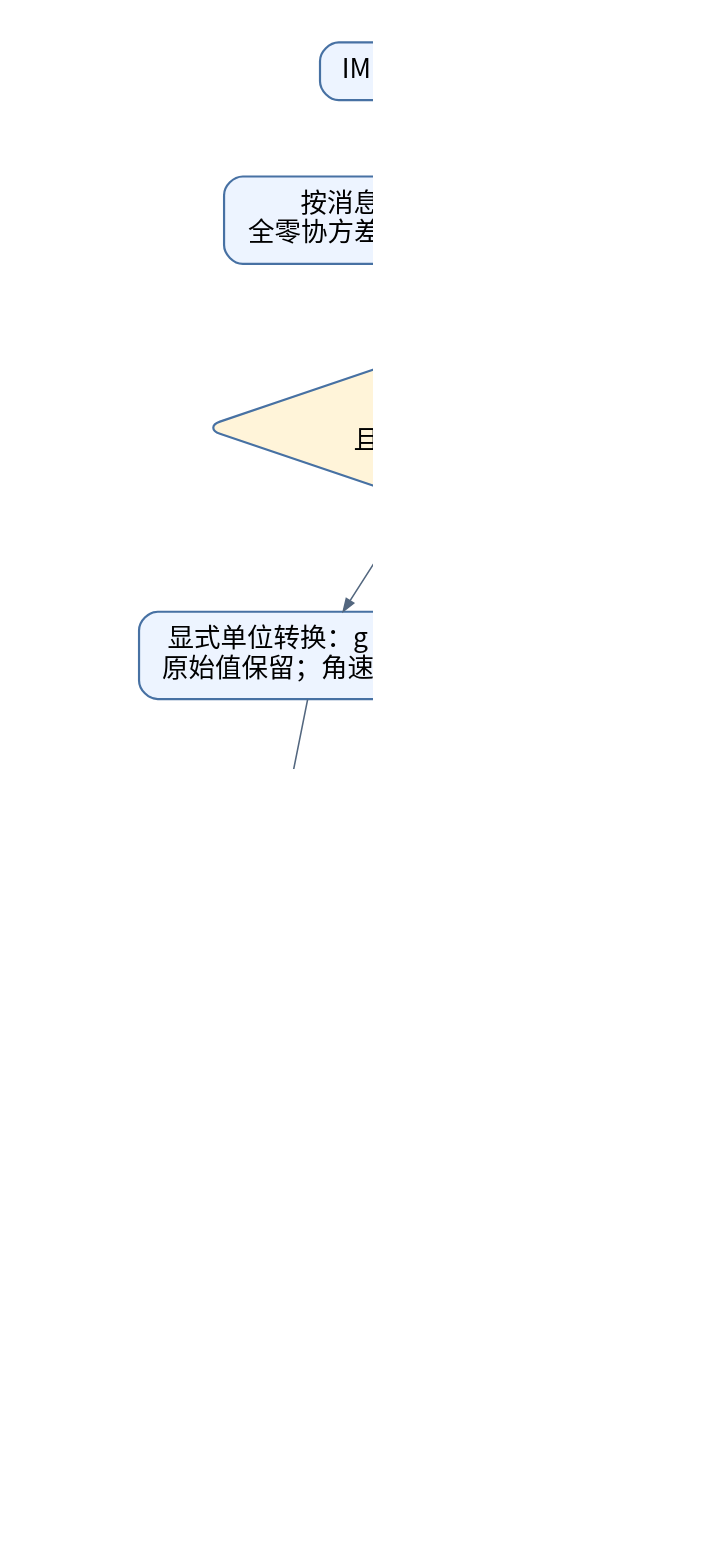
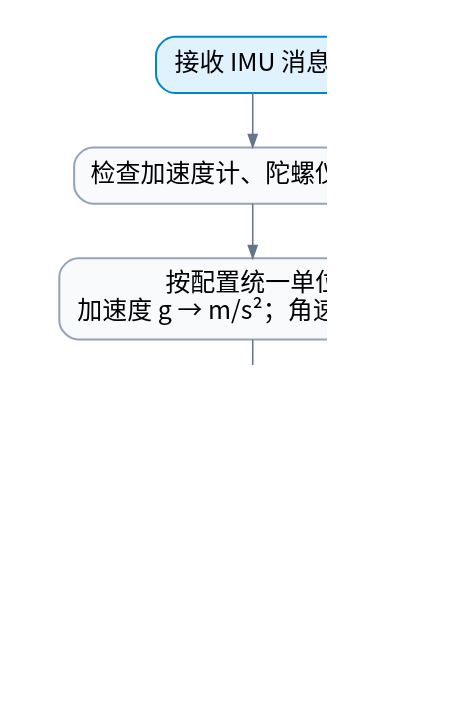
The diagram in FAST_LIO/doc/ros1_workspace/flowcharts/health_v2_imu_flow.dot (spacethroughing/Robot-Data-Health-Monitoring-Module), drawn with Graphviz before and after one commit. The commit also changed 41 other files, not shown here.

Commit message:
docs: simplify health monitoring diagrams and wording

```diff
--- a/FAST_LIO/doc/ros1_workspace/flowcharts/health_v2_imu_flow.dot
+++ b/FAST_LIO/doc/ros1_workspace/flowcharts/health_v2_imu_flow.dot
@@ -1,26 +1,12 @@
 digraph G {
-graph [rankdir=TB, bgcolor="white", pad="0.35", nodesep="0.5", ranksep="0.65", fontname="Noto Sans CJK SC", dpi=150];
-node [shape=box, style="rounded,filled", fillcolor="#edf4ff", color="#4771a3", penwidth=1.4, fontname="Noto Sans CJK SC", fontsize=17, margin="0.18,0.12"];
-edge [color="#53677f", fontname="Noto Sans CJK SC", fontsize=13, arrowsize=0.8];
-A [label="IMU 原始值 / 时间戳", fillcolor="#edf4ff", shape=box];
-B [label="按消息语义检查字段可用性\n全零协方差≠零噪声 / -1 表示无估计", fillcolor="#edf4ff", shape=box];
-C [label="必需字段可用\n且原始分量有限？", fillcolor="#fff4d9", shape=diamond];
-D [label="显式单位转换：g → m/s²\n原始值保留；角速度 rad/s", fillcolor="#edf4ff", shape=box];
-E [label="换算结果有限？", fillcolor="#fff4d9", shape=diamond];
-X [label="立即 ERROR\n记录字段与异常类型", fillcolor="#fde9e9", shape=box];
-F [label="幅值 / 时间戳 / 频率 / 年龄\n按 YAML 阈值判断", fillcolor="#edf4ff", shape=box];
-G [label="有依据并启用时才检查\n协方差 / 饱和 / 重复 / 噪声", fillcolor="#edf4ff", shape=box];
-H [label="持续 / 恢复 / 周期异常保留", fillcolor="#edf4ff", shape=box];
-Y [label="分项诊断 / 日志\n检查覆盖率与不可用原因", fillcolor="#e5f6ee", shape=box];
-A -> B;
-B -> C;
-C -> X [label="否"];
-C -> D [label="是"];
-D -> E;
-E -> X [label="否"];
-E -> F [label="是"];
-F -> G;
-G -> H;
-H -> Y;
-X -> Y;
+  graph [rankdir=TB, bgcolor="white", pad="0.3", nodesep="0.38", ranksep="0.48", fontname="Noto Sans CJK SC", dpi=150];
+  node [shape=box, style="rounded,filled", fillcolor="#F8FAFC", color="#94A3B8", penwidth=1.3, fontname="Noto Sans CJK SC", fontsize=16, margin="0.17,0.11"];
+  edge [color="#64748B", fontname="Noto Sans CJK SC", fontsize=12, arrowsize=0.8];
+  A [label="接收 IMU 消息", fillcolor="#E0F2FE", color="#0284C7"];
+  B [label="检查加速度计、陀螺仪和字段"];
+  C [label="按配置统一单位\n加速度 g → m/s²；角速度 rad/s"];
+  D [label="检查幅值、时间戳、频率和接收年龄"];
+  E [label="按 YAML 阈值判断\n输出 OK / WARNING / ERROR", fillcolor="#EDE9FE", color="#7C3AED"];
+  F [label="显示状态并记录原因\n未知协方差标为未知", fillcolor="#DCFCE7", color="#16A34A"];
+  A -> B -> C -> D -> E -> F;
 }
```
